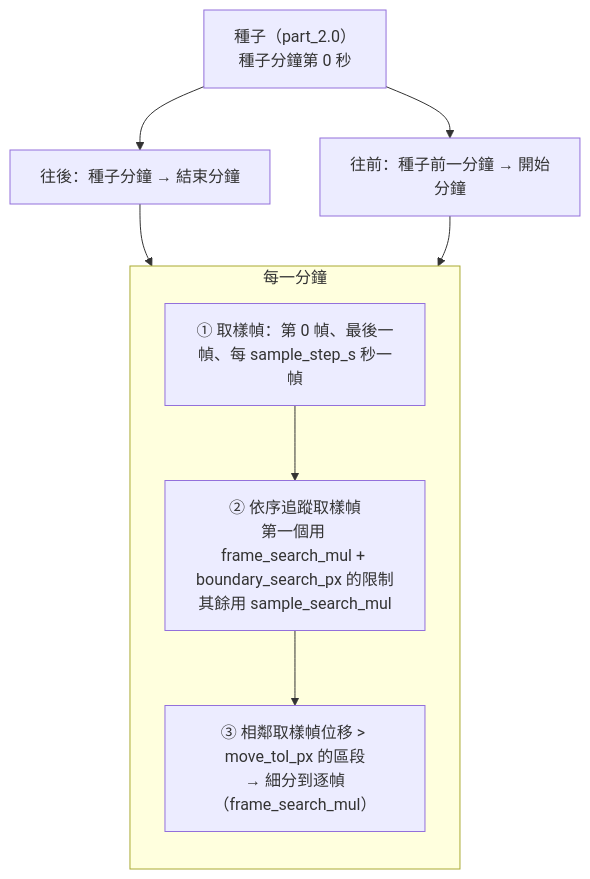
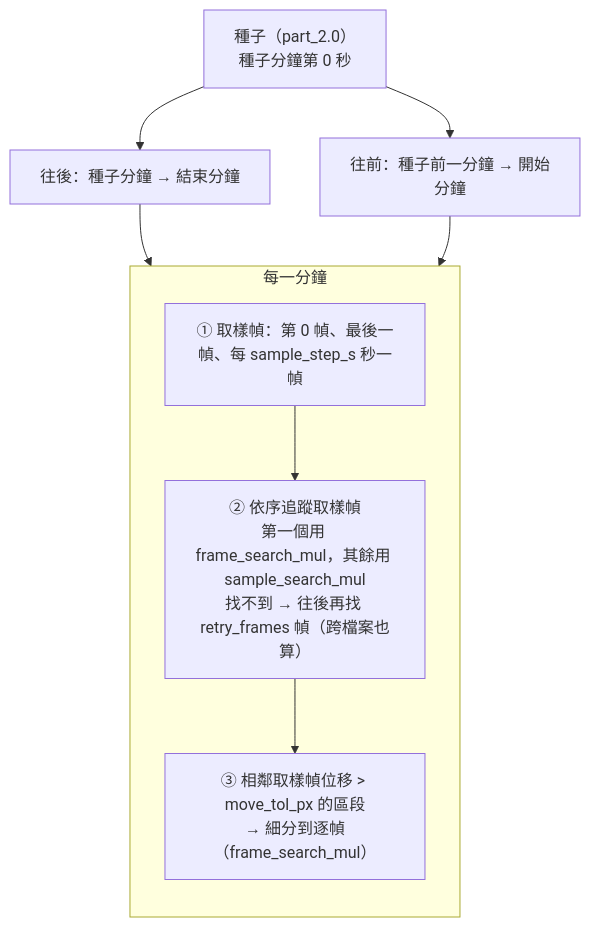
Before and after one commit to anunnamedtank24/squid_video_analysis: the diagram in src/part_3.0/README.md, drawn with Mermaid. The commit also changed other lines of this file and 415 other files, not shown here.

````diff
--- a/src/part_3.0/README.md
+++ b/src/part_3.0/README.md
@@ -24,12 +25,12 @@
 ```mermaid
 flowchart TD
     S["種子（part_2.0）<br/>種子分鐘第 0 秒"] --> F["往後：種子分鐘 → 結束分鐘"]
     S --> B["往前：種子前一分鐘 → 開始分鐘"]
     F --> M
     B --> M
     subgraph M["每一分鐘"]
         direction TB
-        M1["① 取樣幀：第 0 幀、最後一幀、每 sample_step_s 秒一幀"] --> M2["② 依序追蹤取樣幀<br/>第一個用 frame_search_mul + boundary_search_px 的限制<br/>其餘用 sample_search_mul"]
+        M1["① 取樣幀：第 0 幀、最後一幀、每 sample_step_s 秒一幀"] --> M2["② 依序追蹤取樣幀<br/>第一個用 frame_search_mul，其餘用 sample_search_mul<br/>找不到 → 往後再找 retry_frames 幀（跨檔案也算）"]
         M2 --> M3["③ 相鄰取樣幀位移 > move_tol_px 的區段<br/>→ 細分到逐幀（frame_search_mul）"]
     end
 ```
````
